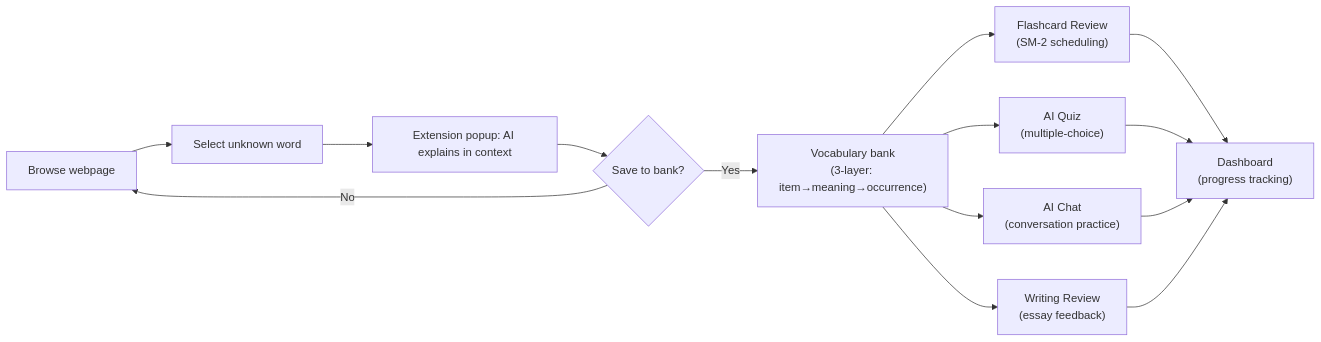
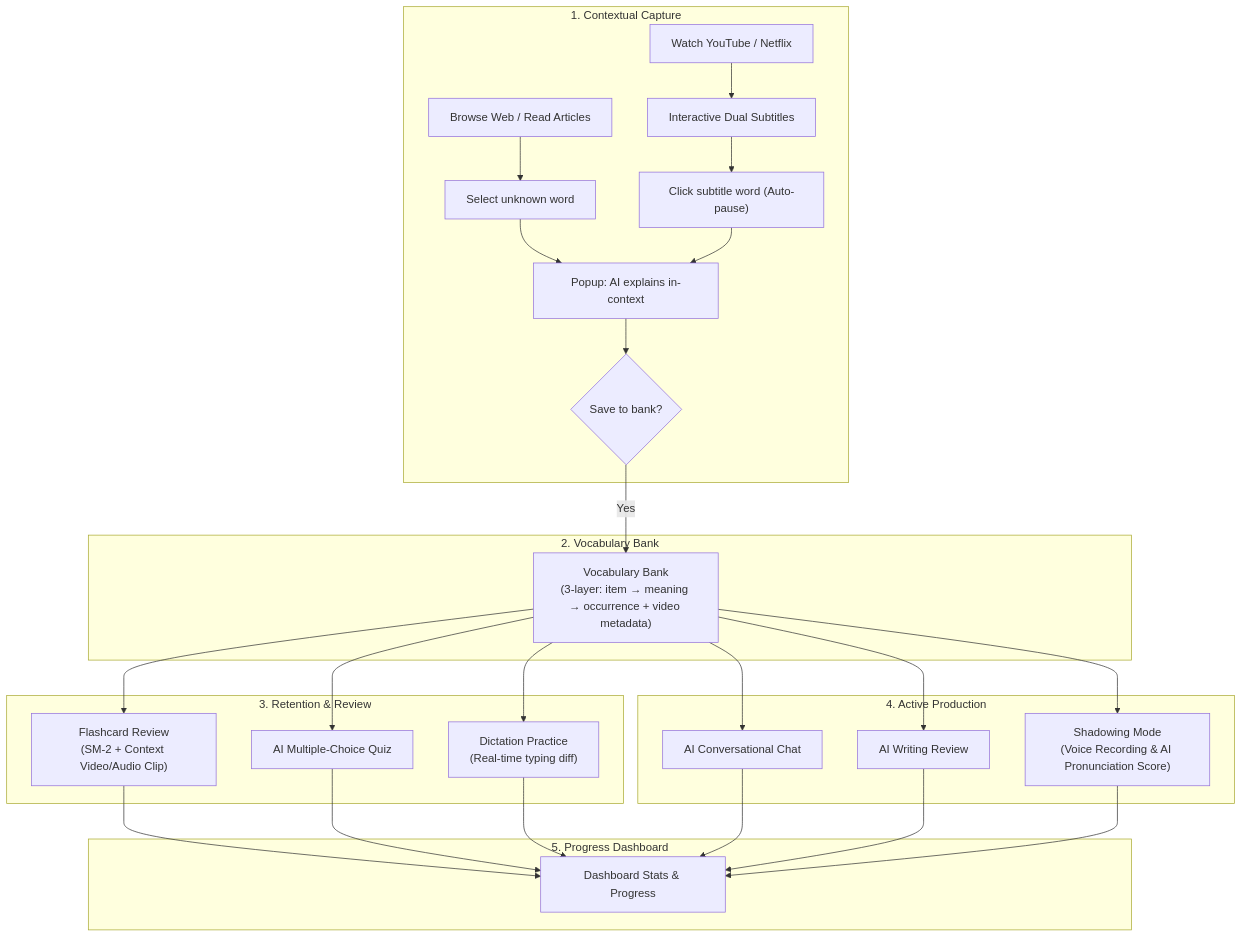
Before and after one commit to longlephanhai/LinguaFlow: the diagram in docs/PRD.md, drawn with Mermaid. The commit also changed other lines of this file and 5 other files, not shown here.

Commit message:
docs(p2): specify Phase 2 requirements for video, dictation, and shadowing

````diff
--- a/docs/PRD.md
+++ b/docs/PRD.md
@@ -50,16 +50,36 @@
 ```mermaid
-flowchart LR
-    A["Browse webpage"] --> B["Select unknown word"]
-    B --> C["Extension popup: AI explains in context"]
-    C --> D{"Save to bank?"}
-    D -- Yes --> E["Vocabulary bank\n(3-layer: item→meaning→occurrence)"]
-    D -- No --> A
-    E --> F["Flashcard Review\n(SM-2 scheduling)"]
-    E --> G["AI Quiz\n(multiple-choice)"]
-    E --> H["AI Chat\n(conversation practice)"]
-    E --> I["Writing Review\n(essay feedback)"]
-    F --> J["Dashboard\n(progress tracking)"]
-    G --> J
-    H --> J
-    I --> J
+flowchart TD
+    subgraph Capture["1. Contextual Capture"]
+        A["Browse Web / Read Articles"] --> B["Select unknown word"]
+        B --> C["Popup: AI explains in-context"]
+        V1["Watch YouTube / Netflix"] --> V2["Interactive Dual Subtitles"]
+        V2 --> V3["Click subtitle word (Auto-pause)"]
+        V3 --> C
+        C --> D{"Save to bank?"}
+    end
+
+    subgraph CoreBank["2. Vocabulary Bank"]
+        D -- Yes --> E["Vocabulary Bank\n(3-layer: item → meaning → occurrence + video metadata)"]
+    end
+
+    subgraph Retention["3. Retention & Review"]
+        E --> F["Flashcard Review\n(SM-2 + Context Video/Audio Clip)"]
+        E --> G["AI Multiple-Choice Quiz"]
+        E --> D1["Dictation Practice\n(Real-time typing diff)"]
+    end
+
+    subgraph Application["4. Active Production"]
+        E --> H["AI Conversational Chat"]
+        E --> I["AI Writing Review"]
+        E --> S1["Shadowing Mode\n(Voice Recording & AI Pronunciation Score)"]
+    end
+
+    subgraph Tracking["5. Progress Dashboard"]
+        F --> J["Dashboard Stats & Progress"]
+        G --> J
+        D1 --> J
+        H --> J
+        I --> J
+        S1 --> J
+    end
 ```
````
